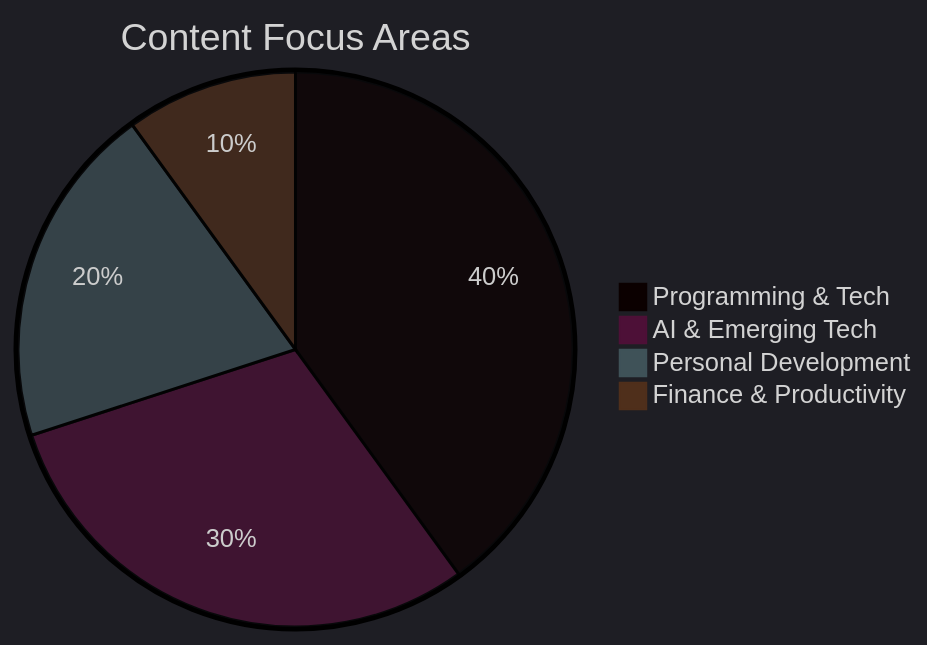
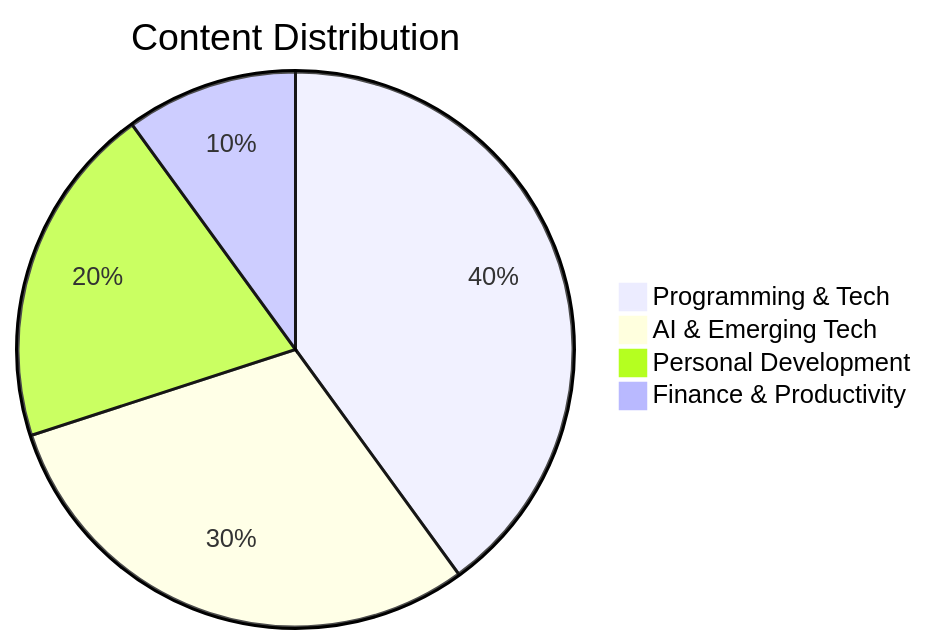
The first of 3 diagrams in README.md (dojicreates/dojicreates), drawn with Mermaid before and after one commit. The commit also changed other lines of this file, not shown here.

````diff
--- a/README.md
+++ b/README.md
@@ -192,8 +157,7 @@
 ```mermaid
-%%{init: {'theme':'dark', 'themeVariables': { 'pieStrokeWidth': '2px', 'pieOuterStrokeWidth': '3px'}}}%%
-pie title Content Focus Areas
+pie title Content Distribution
     "Programming & Tech" : 40
     "AI & Emerging Tech" : 30
     "Personal Development" : 20
     "Finance & Productivity" : 10
 ```
````
